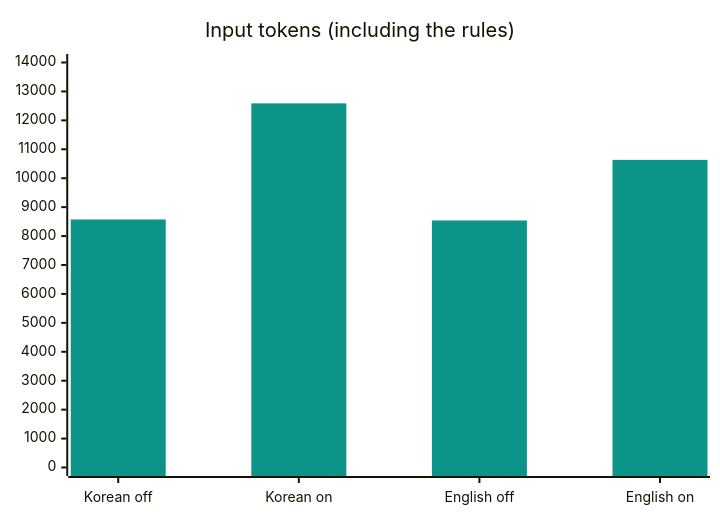
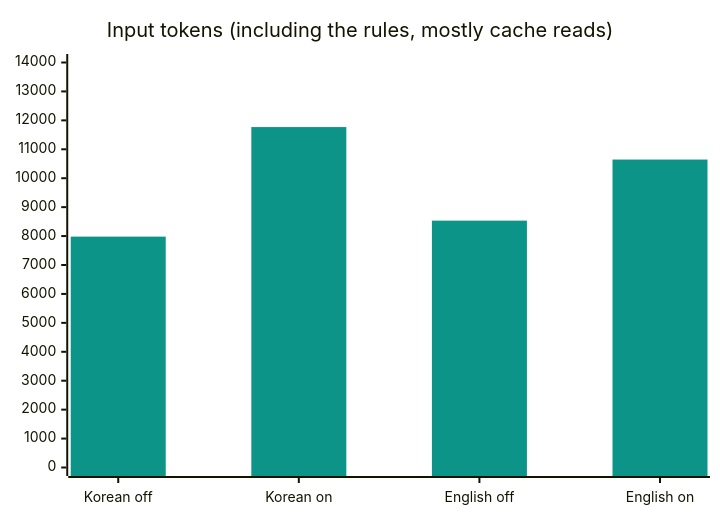
Before and after one commit to evelynn/get-to-it: the second of 3 diagrams in README.md, drawn with Mermaid. The commit also changed other lines of this file and 6 other files, not shown here.

````diff
--- a/README.md
+++ b/README.md
@@ -31,8 +31,8 @@
 ```mermaid
 %%{init: {"themeVariables": {"xyChart": {"plotColorPalette": "#0d9488"}}}}%%
 xychart-beta
-    title "Input tokens (including the rules)"
+    title "Input tokens (including the rules, mostly cache reads)"
     x-axis ["Korean off", "Korean on", "English off", "English on"]
     y-axis 0 --> 14000
-    bar [8574, 12587, 8540, 10634]
+    bar [7981, 11768, 8534, 10645]
 ```
````
